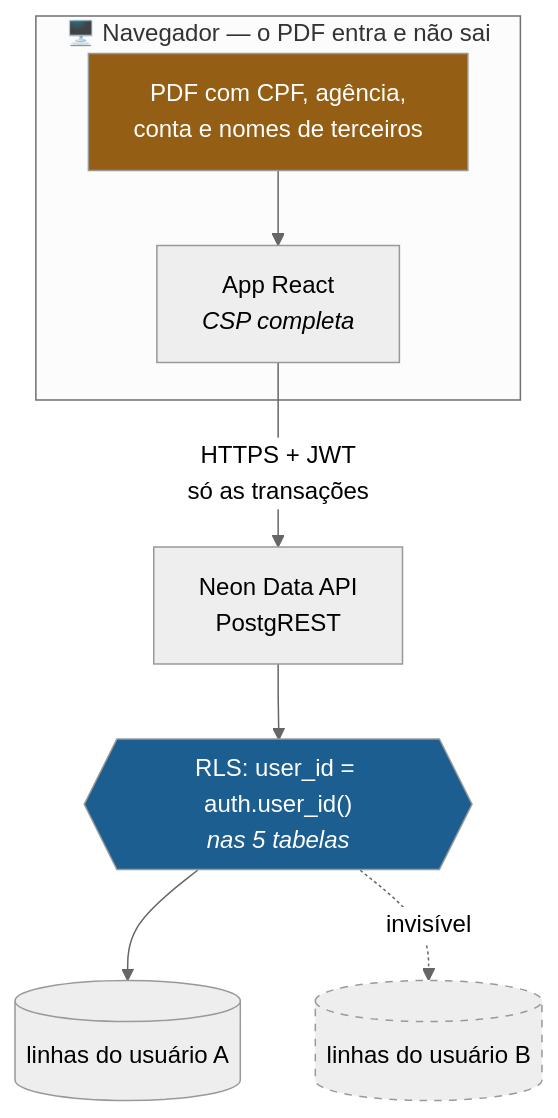
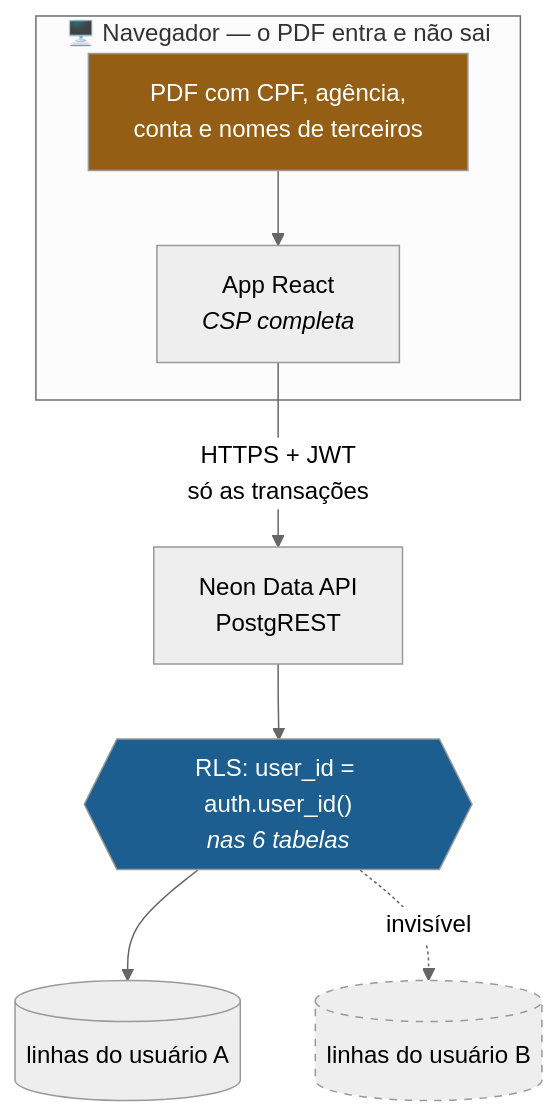
Before and after one commit to cielioqueiroz/controle-financeiro: the fourth of 4 diagrams in README.md, drawn with Mermaid (neutral theme). The commit also changed other lines of this file and 58 other files, not shown here.

````diff
--- a/README.md
+++ b/README.md
@@ -326,17 +329,17 @@
 ```mermaid
 flowchart TB
     subgraph B ["🖥️ Navegador — o PDF entra e não sai"]
         PDF["PDF com CPF, agência,<br/>conta e nomes de terceiros"]
         APP["App React<br/><i>CSP completa</i>"]
         PDF --> APP
     end
 
     APP -->|"HTTPS + JWT<br/>só as transações"| API["Neon Data API<br/>PostgREST"]
-    API --> RLS{{"RLS: user_id = auth.user_id()<br/><i>nas 5 tabelas</i>"}}
+    API --> RLS{{"RLS: user_id = auth.user_id()<br/><i>nas 6 tabelas</i>"}}
     RLS --> T1[("linhas do usuário A")]
     RLS -.->|"invisível"| T2[("linhas do usuário B")]
 
     style PDF fill:#945f14,color:#fff
     style RLS fill:#1b5e8f,color:#fff
     style T2 stroke-dasharray: 5 5
 ```
````
